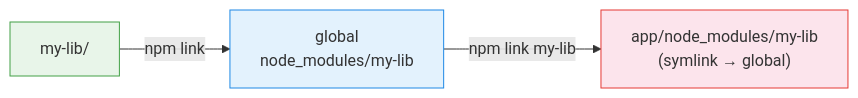
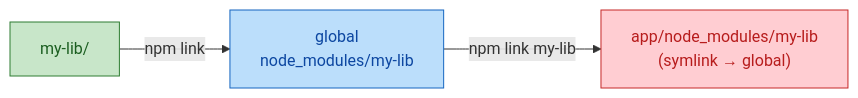
The first of 4 diagrams in docs/comparison.md (oleg-kuibar/plunk), drawn with Mermaid before and after one commit. The commit also changed other lines of this file and 10 other files, not shown here.

First line of the commit message:
docs: theme-safe mermaid colors, tighten prose

````diff
--- a/docs/comparison.md
+++ b/docs/comparison.md
@@ -9,9 +9,9 @@
 ```mermaid
 graph LR
     A["my-lib/"] -- "npm link" --> B["global<br/>node_modules/my-lib"]
     B -- "npm link my-lib" --> C["app/node_modules/my-lib<br/>(symlink → global)"]
 
-    style A fill:#e8f5e9,stroke:#43a047
-    style B fill:#e3f2fd,stroke:#1e88e5
-    style C fill:#fce4ec,stroke:#e53935
+    style A fill:#c8e6c9,stroke:#2e7d32,color:#1b5e20
+    style B fill:#bbdefb,stroke:#1565c0,color:#0d47a1
+    style C fill:#ffcdd2,stroke:#c62828,color:#b71c1c
 ```
````
